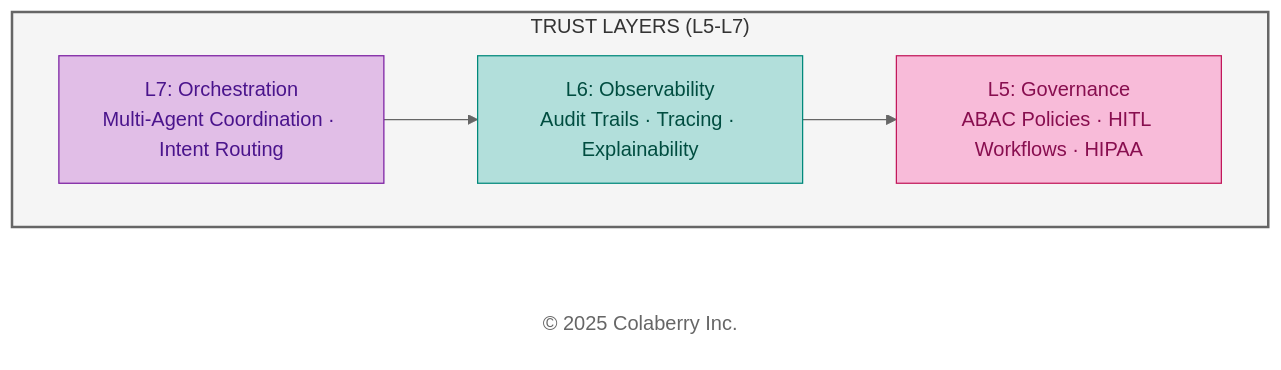
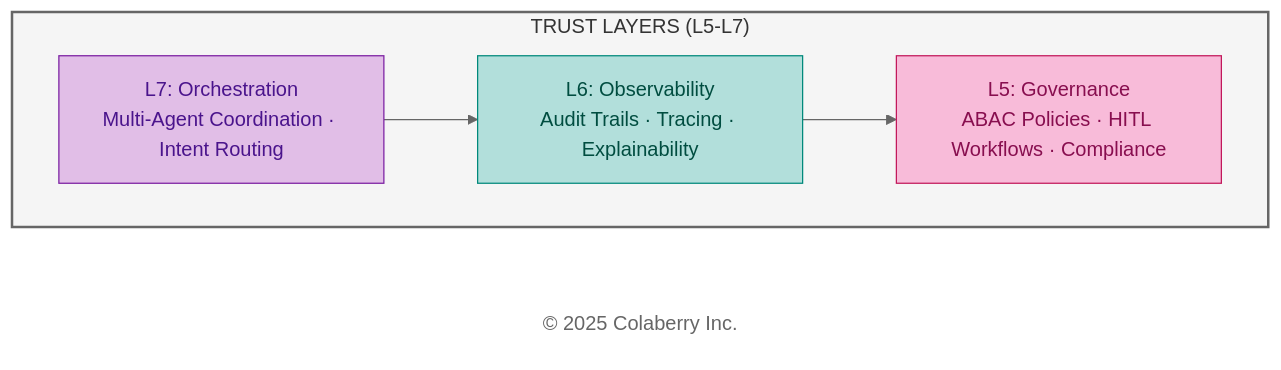
One commit to saitejesh-cyber/trust-before-intelligence-book changed the sixth of 8 diagrams in manuscript/11_chapter_10_week_by_week_implementation.md. Above: the diagram before and after it, drawn with Mermaid (neutral theme). The commit also changed other lines of this file and 2 other files, not shown here.

````diff
--- a/manuscript/11_chapter_10_week_by_week_implementation.md
+++ b/manuscript/11_chapter_10_week_by_week_implementation.md
@@ -358,21 +367,21 @@
 ```mermaid
 
 graph LR
     subgraph TRUST["TRUST LAYERS (L5-L7)"]
         direction LR
         L7["L7: Orchestration<br/>Multi-Agent Coordination · Intent Routing"]
         L6["L6: Observability<br/>Audit Trails · Tracing · Explainability"]
-        L5["L5: Governance<br/>ABAC Policies · HITL Workflows · HIPAA"]
+        L5["L5: Governance<br/>ABAC Policies · HITL Workflows · Compliance"]
     end
     
     Copyright["© 2025 Colaberry Inc."]
     
     L7 --> L6 --> L5
     
     style TRUST fill:#f5f5f5,stroke:#666666,stroke-width:2px,color:#333333
     style L7 fill:#e1bee7,stroke:#7b1fa2,color:#4a148c
     style L6 fill:#b2dfdb,stroke:#00897b,color:#004d40
     style L5 fill:#f8bbd9,stroke:#c2185b,color:#880e4f
     style Copyright fill:#ffffff,stroke:none,color:#666666
 
 ```
````
